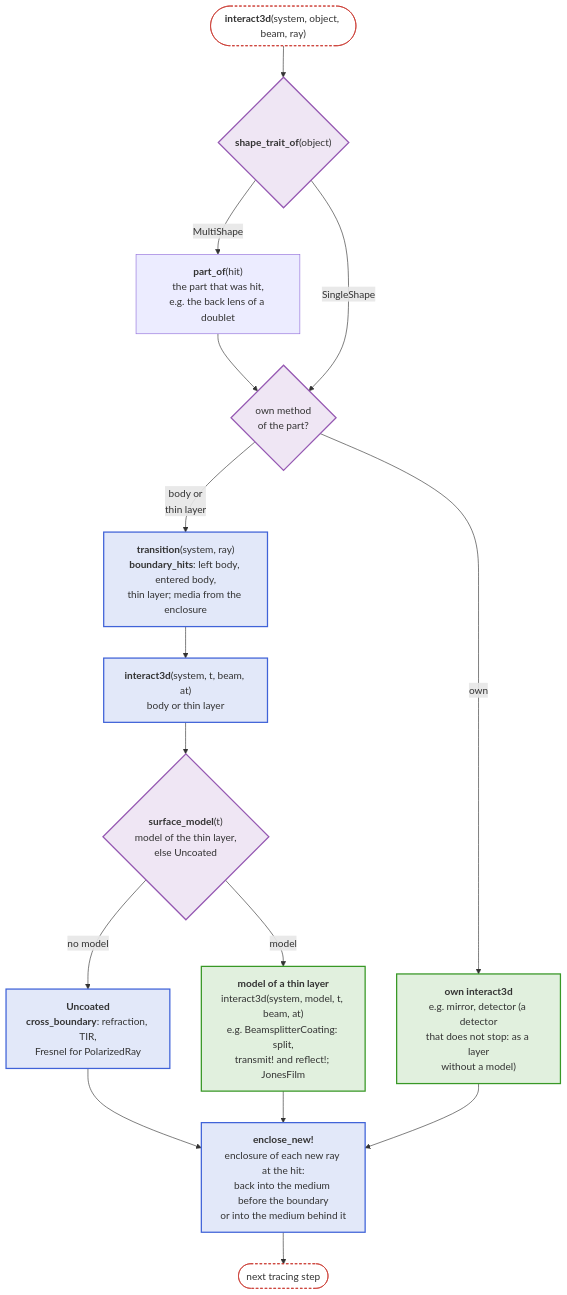
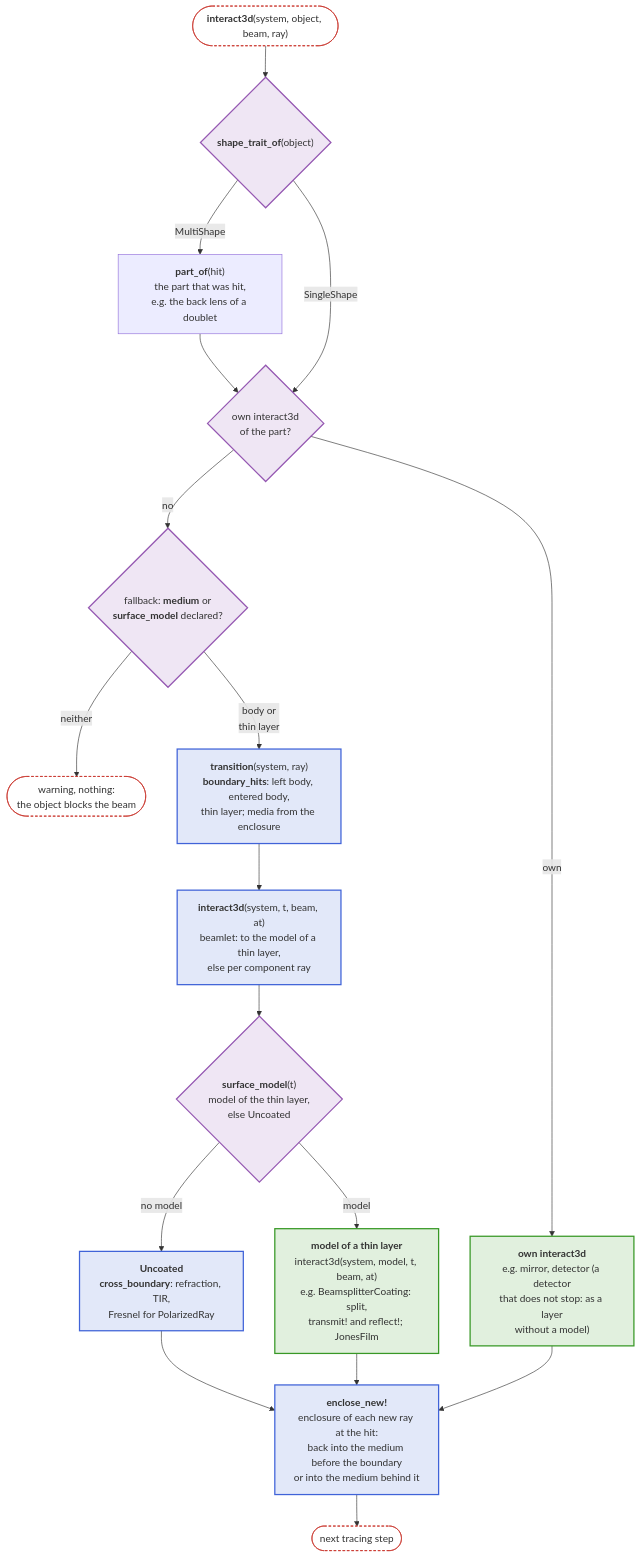
The fourth of 7 diagrams in docs/src/api/core.md (JuliaPhysics/BeamletOptics.jl), drawn with Mermaid before and after one commit.

Commit message:
Docs: interaction flowchart shows the medium/surface_model fallback

````diff
--- a/docs/src/api/core.md
+++ b/docs/src/api/core.md
@@ -203,33 +203,37 @@
 ```mermaid
 flowchart TB
     IA(["<b>interact3d</b>(system, object, beam, ray)"])
     MS{"<b>shape_trait_of</b>(object)"}
     PO["<b>part_of</b>(hit)<br/>the part that was hit,<br/>e.g. the back lens of a doublet"]
-    K{"own method<br/>of the part?"}
+    K{"own interact3d<br/>of the part?"}
+    HK{"fallback: <b>medium</b> or<br/><b>surface_model</b> declared?"}
+    W(["warning, nothing:<br/>the object blocks the beam"])
     TR["<b>transition</b>(system, ray)<br/><b>boundary_hits</b>: left body, entered body,<br/>thin layer; media from the enclosure"]
-    BOUND["<b>interact3d</b>(system, t, beam, at)<br/>body or thin layer"]
+    BOUND["<b>interact3d</b>(system, t, beam, at)<br/>beamlet: to the model of a thin layer,<br/>else per component ray"]
     SM{"<b>surface_model</b>(t)<br/>model of the thin layer,<br/>else Uncoated"}
     UNC["<b>Uncoated</b><br/><b>cross_boundary</b>: refraction, TIR,<br/>Fresnel for PolarizedRay"]
     MOD["<b>model of a thin layer</b><br/>interact3d(system, model, t, beam, at)<br/>e.g. BeamsplitterCoating: split,<br/>transmit! and reflect!; JonesFilm"]
     OWN["<b>own interact3d</b><br/>e.g. mirror, detector (a detector<br/>that does not stop: as a layer<br/>without a model)"]
     ENC["<b>enclose_new!</b><br/>enclosure of each new ray at the hit:<br/>back into the medium before the boundary<br/>or into the medium behind it"]
     E([next tracing step])
 
     IA --> MS
     MS -- MultiShape --> PO --> K
     MS -- SingleShape --> K
-    K -- "body or<br/>thin layer" --> TR --> BOUND --> SM
+    K -- "no" --> HK
+    HK -- "neither" --> W
+    HK -- "body or<br/>thin layer" --> TR --> BOUND --> SM
     SM -- "no model" --> UNC --> ENC
     SM -- "model" --> MOD --> ENC
     K -- "own" --> OWN --> ENC
     ENC --> E
 
     classDef blue fill:#4063D826,stroke:#4063D8,stroke-width:2px
     classDef green fill:#38982626,stroke:#389826,stroke-width:2px
     classDef purple fill:#9558B226,stroke:#9558B2,stroke-width:2px
     classDef terminal fill:transparent,stroke:#CB3C33,stroke-width:1.5px,stroke-dasharray:4 3
     class TR,BOUND,UNC,ENC blue
     class MOD,OWN green
-    class MS,K,SM purple
-    class IA,E terminal
+    class MS,K,HK,SM purple
+    class IA,E,W terminal
 ```
````
